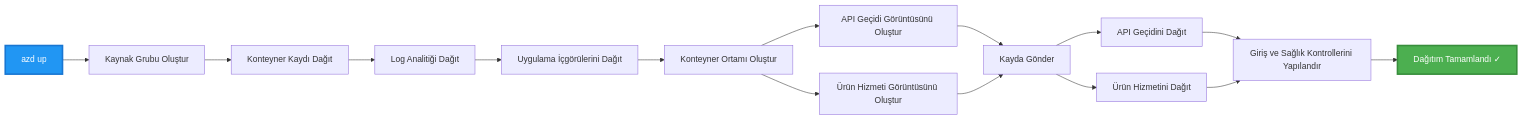
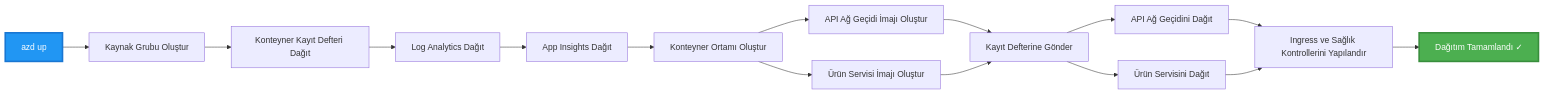
The third of 4 diagrams in translations/tr/examples/microservices/README.md (microsoft/AZD-for-beginners), drawn with Mermaid before and after one commit. The commit also changed other lines of this file and 242 other files, not shown here.

````diff
--- a/translations/tr/examples/microservices/README.md
+++ b/translations/tr/examples/microservices/README.md
@@ -242,20 +233,20 @@
 ```mermaid
 graph LR
     A[azd up] --> B[Kaynak Grubu Oluştur]
-    B --> C[Konteyner Kaydı Dağıt]
-    C --> D[Log Analitiği Dağıt]
-    D --> E[Uygulama İçgörülerini Dağıt]
+    B --> C[Konteyner Kayıt Defteri Dağıt]
+    C --> D[Log Analytics Dağıt]
+    D --> E[App Insights Dağıt]
     E --> F[Konteyner Ortamı Oluştur]
-    F --> G[API Geçidi Görüntüsünü Oluştur]
-    F --> H[Ürün Hizmeti Görüntüsünü Oluştur]
-    G --> I[Kayda Gönder]
+    F --> G[API Ağ Geçidi İmajı Oluştur]
+    F --> H[Ürün Servisi İmajı Oluştur]
+    G --> I[Kayıt Defterine Gönder]
     H --> I
-    I --> J[API Geçidini Dağıt]
-    I --> K[Ürün Hizmetini Dağıt]
-    J --> L[Giriş ve Sağlık Kontrollerini Yapılandır]
+    I --> J[API Ağ Geçidini Dağıt]
+    I --> K[Ürün Servisini Dağıt]
+    J --> L[Ingress ve Sağlık Kontrollerini Yapılandır]
     K --> L
     L --> M[Dağıtım Tamamlandı ✓]
     
     style A fill:#2196F3,stroke:#1976D2,stroke-width:3px,color:#fff
     style M fill:#4CAF50,stroke:#388E3C,stroke-width:3px,color:#fff
 ```
````
